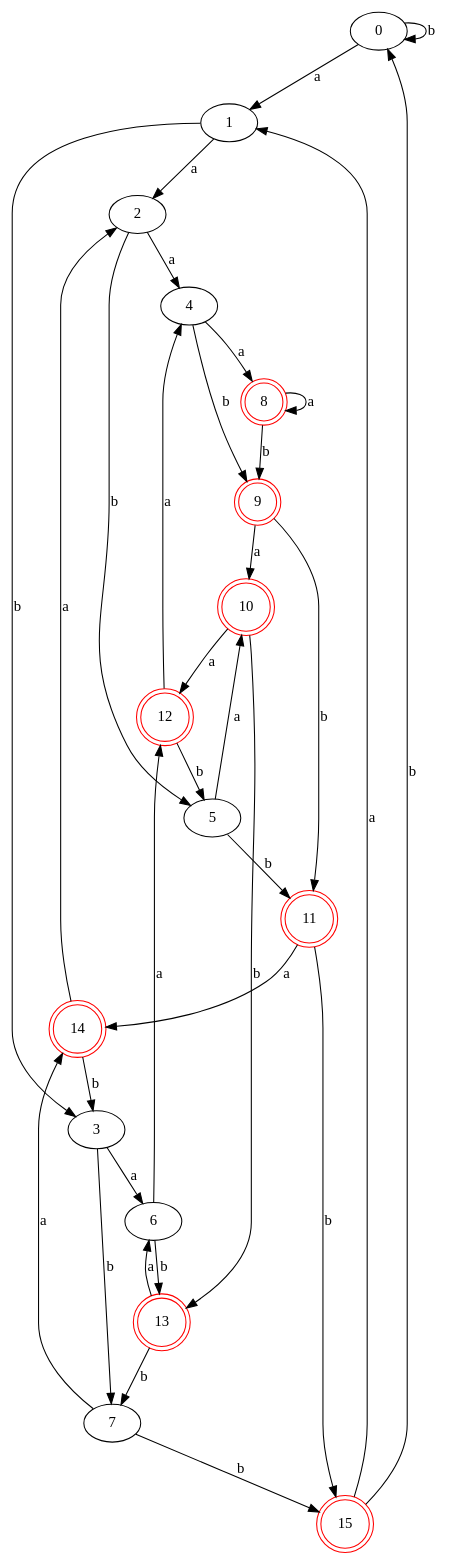
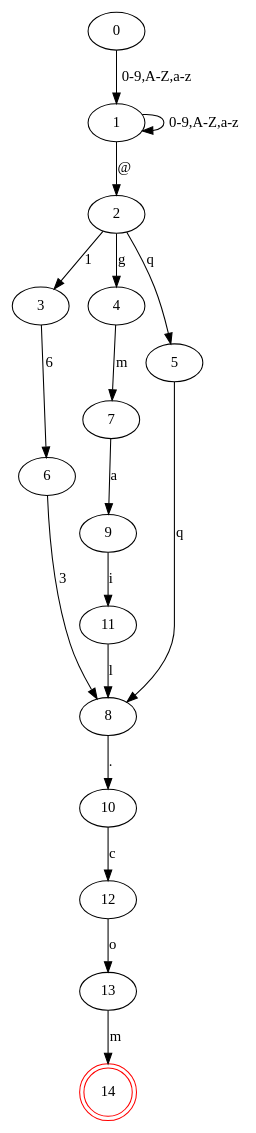
One commit to JameyWoo/re2graph changed the diagram in tmp/test_mindfa.dot. Above: the diagram before and after it, drawn with Graphviz. The commit also changed 8 other files, not shown here.

```diff
--- a/tmp/test_mindfa.dot
+++ b/tmp/test_mindfa.dot
@@ -1,50 +1,34 @@
 digraph {
 	0 [label="0"]
 	1 [label="1"]
 	2 [label="2"]
 	3 [label="3"]
 	4 [label="4"]
 	5 [label="5"]
 	6 [label="6"]
 	7 [label="7"]
-	8 [label="8" color=red shape=doublecircle]
-	9 [label="9" color=red shape=doublecircle]
-	10 [label="10" color=red shape=doublecircle]
-	11 [label="11" color=red shape=doublecircle]
-	12 [label="12" color=red shape=doublecircle]
-	13 [label="13" color=red shape=doublecircle]
+	8 [label="8"]
+	9 [label="9"]
+	10 [label="10"]
+	11 [label="11"]
+	12 [label="12"]
+	13 [label="13"]
 	14 [label="14" color=red shape=doublecircle]
-	15 [label="15" color=red shape=doublecircle]
-	0 -> 0 [label="b"]
-	0 -> 1 [label="a"]
-	1 -> 2 [label="a"]
-	1 -> 3 [label="b"]
-	2 -> 4 [label="a"]
-	2 -> 5 [label="b"]
-	3 -> 6 [label="a"]
-	3 -> 7 [label="b"]
-	4 -> 8 [label="a"]
-	4 -> 9 [label="b"]
-	5 -> 10 [label="a"]
-	5 -> 11 [label="b"]
-	6 -> 12 [label="a"]
-	6 -> 13 [label="b"]
-	7 -> 14 [label="a"]
-	7 -> 15 [label="b"]
-	8 -> 8 [label="a"]
-	8 -> 9 [label="b"]
-	9 -> 10 [label="a"]
-	9 -> 11 [label="b"]
-	10 -> 12 [label="a"]
-	10 -> 13 [label="b"]
-	11 -> 14 [label="a"]
-	11 -> 15 [label="b"]
-	12 -> 4 [label="a"]
-	12 -> 5 [label="b"]
-	13 -> 6 [label="a"]
-	13 -> 7 [label="b"]
-	14 -> 2 [label="a"]
-	14 -> 3 [label="b"]
-	15 -> 0 [label="b"]
-	15 -> 1 [label="a"]
+	0 -> 1 [label="0-9,A-Z,a-z"]
+	1 -> 1 [label="0-9,A-Z,a-z"]
+	1 -> 2 [label="@"]
+	2 -> 3 [label="1"]
+	2 -> 4 [label="g"]
+	2 -> 5 [label="q"]
+	3 -> 6 [label="6"]
+	4 -> 7 [label="m"]
+	5 -> 8 [label="q"]
+	6 -> 8 [label="3"]
+	7 -> 9 [label="a"]
+	8 -> 10 [label="."]
+	9 -> 11 [label="i"]
+	10 -> 12 [label="c"]
+	11 -> 8 [label="l"]
+	12 -> 13 [label="o"]
+	13 -> 14 [label="m"]
 }
```
